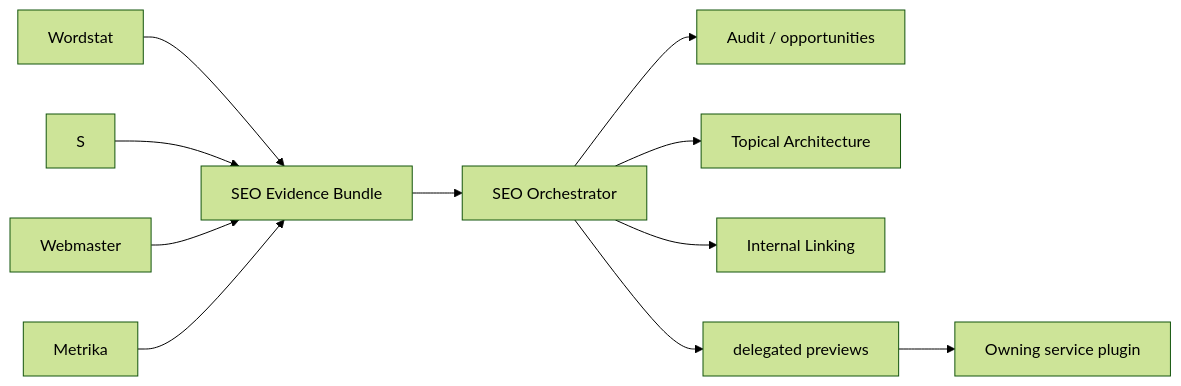
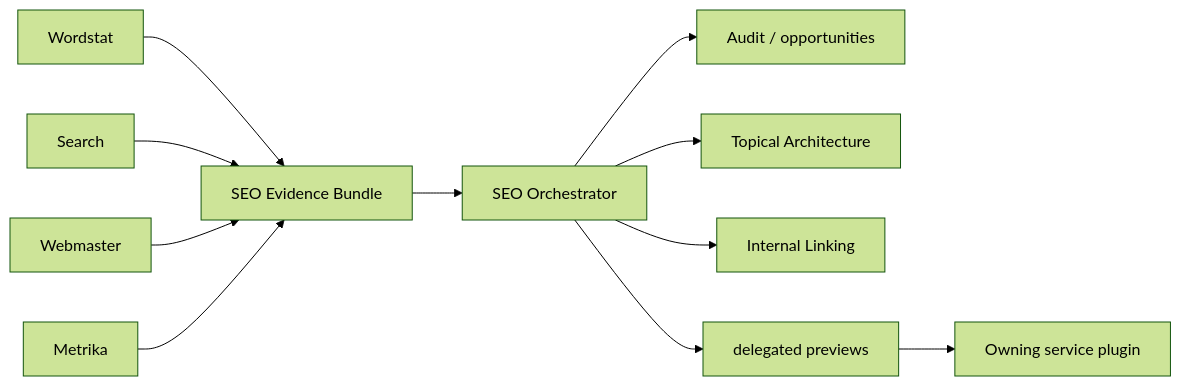
The first of 2 diagrams in docs/ARCHITECTURE.en.md (trafficolog/yandex-ai-plugin), drawn with Mermaid (forest theme) before and after one commit. The commit also changed 3 other files, not shown here.

````diff
--- a/docs/ARCHITECTURE.en.md
+++ b/docs/ARCHITECTURE.en.md
@@ -65,13 +65,13 @@
 ```mermaid
 flowchart LR
   W[Wordstat] --> E[SEO Evidence Bundle]
-  S --> E
+  S[Search] --> E
   WM[Webmaster] --> E
   M[Metrika] --> E
   E --> O[SEO Orchestrator]
   O --> A[Audit / opportunities]
   O --> T[Topical Architecture]
   O --> L[Internal Linking]
   O --> D[delegated previews]
   D --> OW[Owning service plugin]
 ```
````
